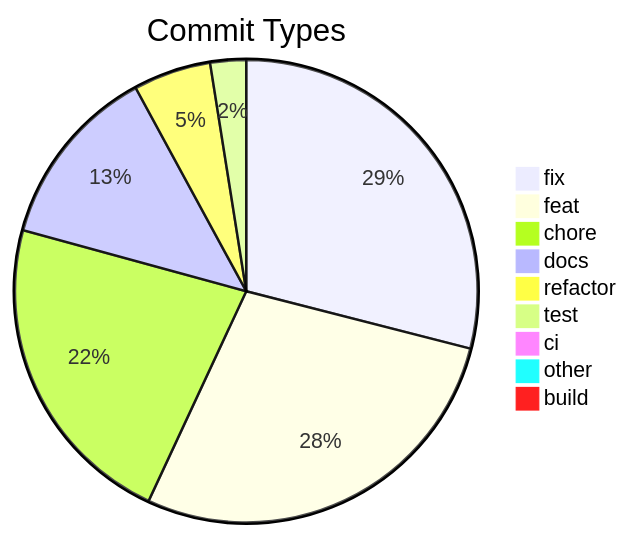
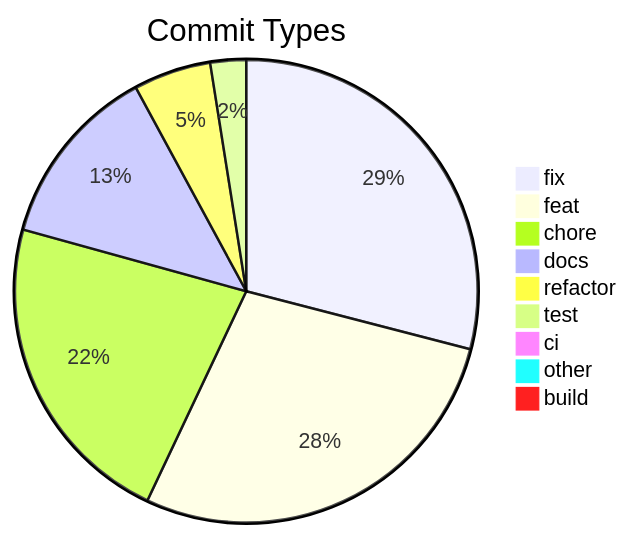
The diagram in .shipwright/compliance/change-history.md (svenroth-ai/shipwright), drawn with Mermaid before and after one commit. The commit also changed other lines of this file and 7 other files, not shown here.

````diff
--- a/.shipwright/compliance/change-history.md
+++ b/.shipwright/compliance/change-history.md
@@ -8,12 +8,12 @@
 ```mermaid
 pie title Commit Types
-    "fix" : 278
-    "feat" : 268
+    "fix" : 279
+    "feat" : 269
     "chore" : 214
     "docs" : 123
     "refactor" : 52
     "test" : 24
     "ci" : 7
     "other" : 7
     "build" : 1
 ```
````
